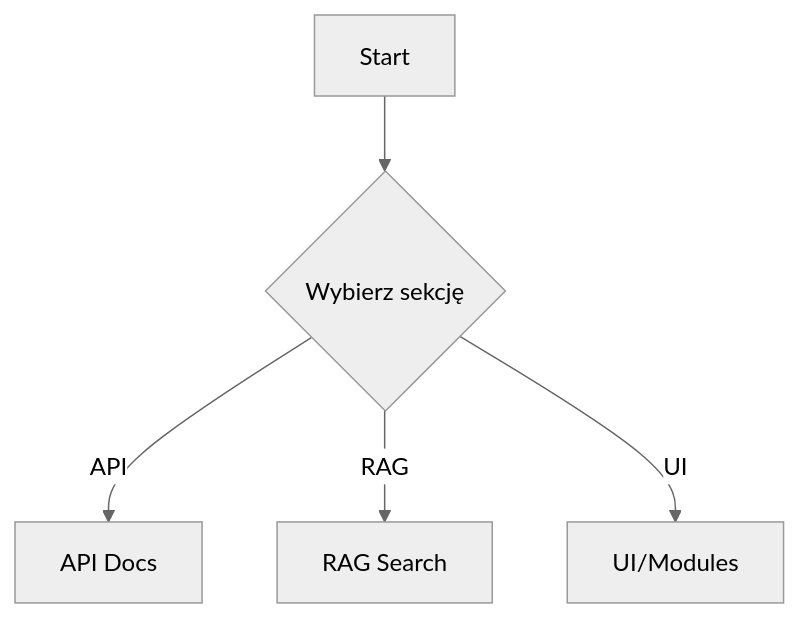
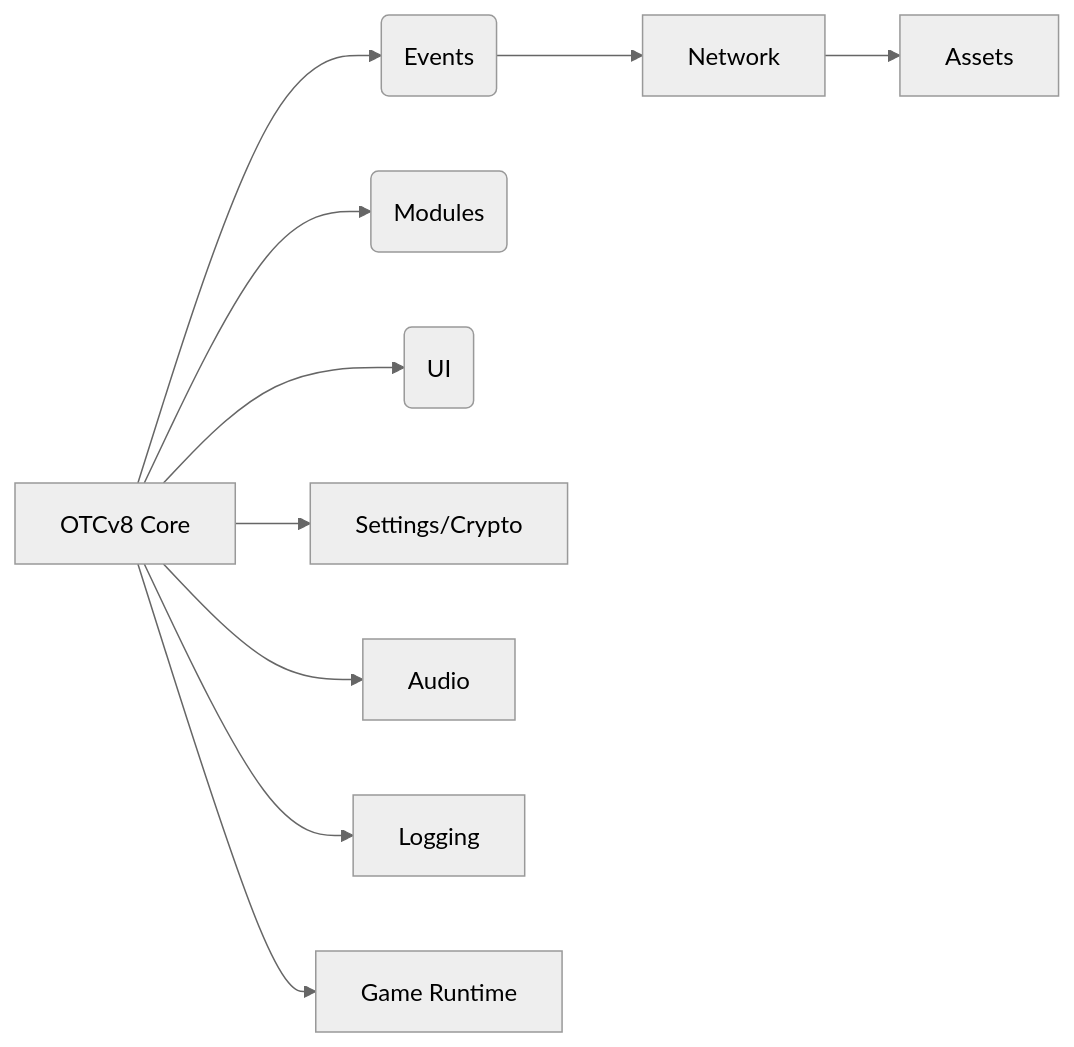
One commit to lukaszj321/otcv8-dev changed the diagram in docs/dashboard/index.md. Above: the diagram before and after it, drawn with Mermaid (neutral theme). The commit also changed other lines of this file and 20 other files, not shown here.

````diff
--- a/docs/dashboard/index.md
+++ b/docs/dashboard/index.md
@@ -33,7 +48,12 @@
 ```{mermaid}
-flowchart TD
-    A[Start] --> B{Wybierz sekcję}
-    B -->|API| C[API Docs]
-    B -->|RAG| D[RAG Search]
-    B -->|UI| E[UI/Modules]
+flowchart LR
+  A[OTCv8 Core] --> B(Events)
+  A --> C(Modules)
+  A --> D(UI)
+  B --> E[Network]
+  E --> F[Assets]
+  A --> G[Settings/Crypto]
+  A --> H[Audio]
+  A --> I[Logging]
+  A --> J[Game Runtime]
 ```
````
